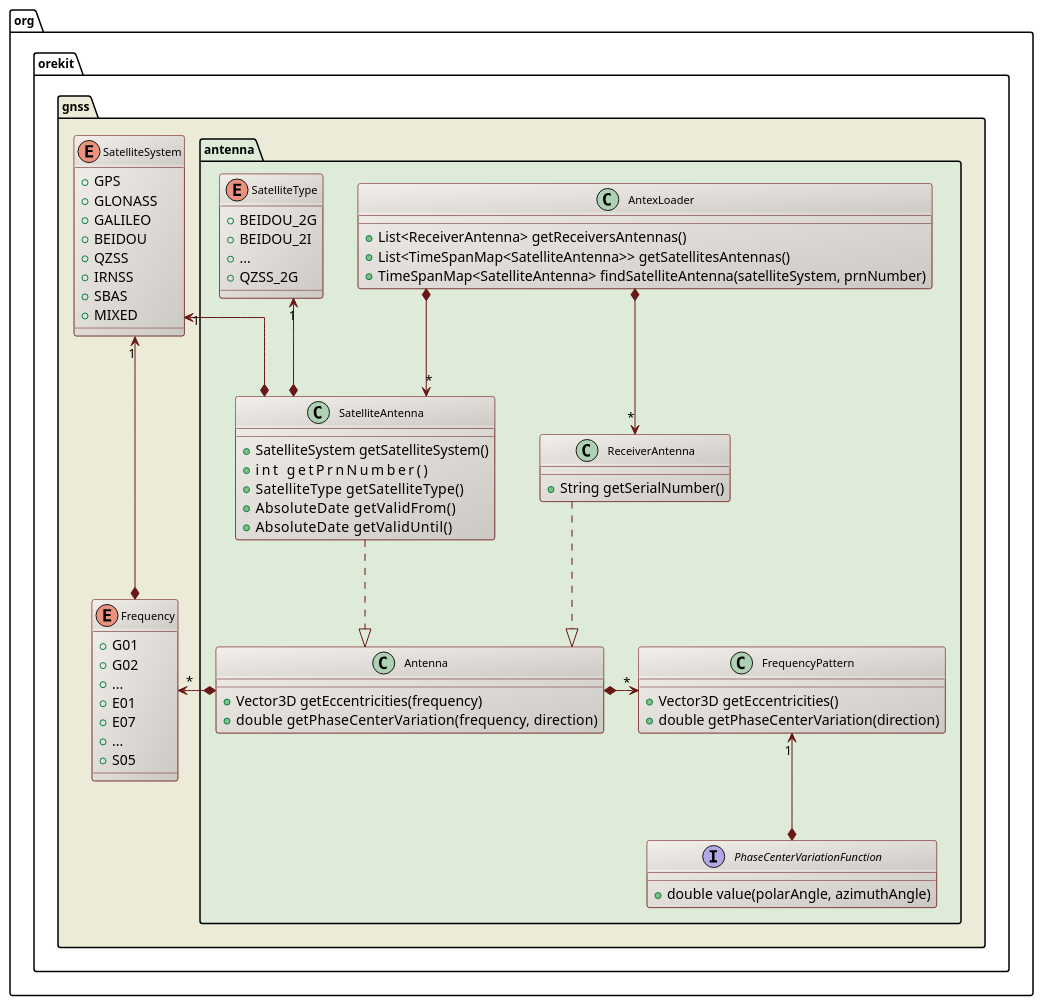
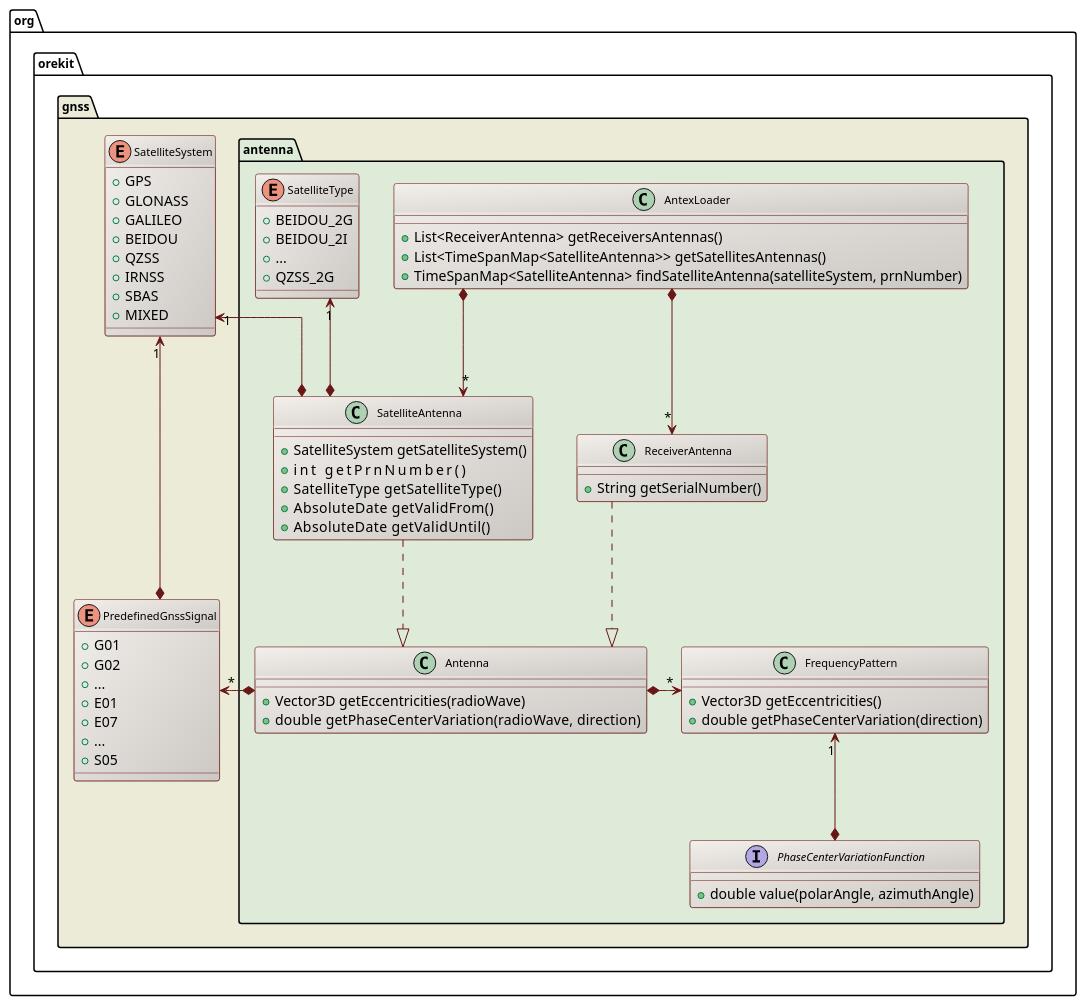
The diagram in src/design/gnss-antenna-class-diagram.puml (CS-SI/Orekit), drawn with PlantUML before and after one commit. The commit also changed 40 other files, not shown here.

First line of the commit message:
Frequency → PredefinedGnssSignal.

```diff
--- a/src/design/gnss-antenna-class-diagram.puml
+++ b/src/design/gnss-antenna-class-diagram.puml
@@ -17,94 +17,94 @@
 @startuml
 
   skinparam svek                  true
   skinparam ClassBackgroundColor  #F3EFEB/CCC9C5
   skinparam ClassArrowColor       #691616
   skinparam ClassBorderColor      #691616
   skinparam NoteBackgroundColor   #F3EFEB
   skinparam NoteBorderColor       #691616
   skinparam NoteFontColor         #691616
   skinparam ClassFontSize         11
   skinparam PackageFontSize       12
   skinparam linetype              ortho
 
   package org.orekit.gnss #ECEBD8 {
 
     enum SatelliteSystem {
       +GPS
       +GLONASS
       +GALILEO
       +BEIDOU
       +QZSS
       +IRNSS
       +SBAS
       +MIXED
     }
 
-    enum Frequency {
+    enum PredefinedGnssSignal {
       +G01
       +G02
       +...
       +E01
       +E07
       +...
       +S05
     }
 
-    SatelliteSystem "1" <--* Frequency
+    SatelliteSystem "1" <--* PredefinedGnssSignal
 
     package antenna #DDEBD8 {
 
       enum SatelliteType {
         +BEIDOU_2G
         +BEIDOU_2I
         +...
         +QZSS_2G
       }
 
       class AntexLoader {
         +List<ReceiverAntenna> getReceiversAntennas() 
         +List<TimeSpanMap<SatelliteAntenna>> getSatellitesAntennas()
         +TimeSpanMap<SatelliteAntenna> findSatelliteAntenna(satelliteSystem, prnNumber)
       }
 
       class Antenna {
-        +Vector3D getEccentricities(frequency)
-        +double   getPhaseCenterVariation(frequency, direction)
+        +Vector3D getEccentricities(radioWave)
+        +double   getPhaseCenterVariation(radioWave, direction)
       }
 
       class ReceiverAntenna {
         +String getSerialNumber()
       }
 
       class SatelliteAntenna {
         +SatelliteSystem getSatelliteSystem()
         +int             getPrnNumber()
         +SatelliteType   getSatelliteType()
         +AbsoluteDate    getValidFrom()
         +AbsoluteDate    getValidUntil()
       }
 
       class FrequencyPattern {
         +Vector3D getEccentricities()
         +double getPhaseCenterVariation(direction)
       }
 
       interface PhaseCenterVariationFunction {
         +double value(polarAngle, azimuthAngle)
       }
 
       FrequencyPattern "1" <--* PhaseCenterVariationFunction
-      Frequency        "*" <-left-* Antenna
+      PredefinedGnssSignal  "*" <-left-* Antenna
       Antenna *-right-> "*" FrequencyPattern
       SatelliteAntenna     ..|> Antenna
       ReceiverAntenna     ..|> Antenna
       SatelliteSystem  "1" <--* SatelliteAntenna
       SatelliteType    "1" <--* SatelliteAntenna
       AntexLoader *--> "*" SatelliteAntenna
       AntexLoader *--> "*" ReceiverAntenna
 
     }
 
   }
 
 @enduml
```
